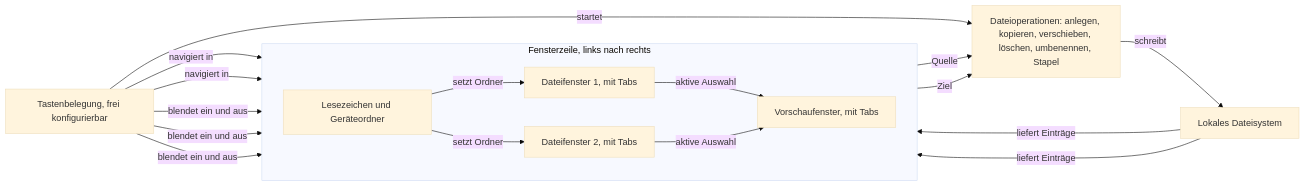
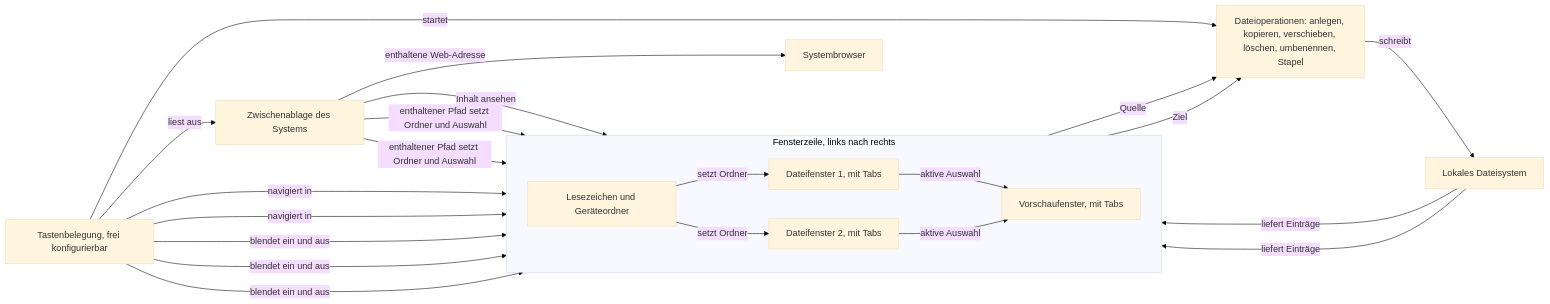
The first of 2 diagrams in fusion-workbench/circles/260802-0842-krk-mac-dateimanager-editor-git/planning/260802-1036_o_spec-navigator-geruest.md (tenzoki/krk), drawn with Mermaid (base theme) before and after one commit. The commit also changed other lines of this file and 8 other files, not shown here.

````diff
--- a/fusion-workbench/circles/260802-0842-krk-mac-dateimanager-editor-git/planning/260802-1036_o_spec-navigator-geruest.md
+++ b/fusion-workbench/circles/260802-0842-krk-mac-dateimanager-editor-git/planning/260802-1036_o_spec-navigator-geruest.md
@@ -26,29 +30,36 @@
 ```mermaid
 flowchart LR
   K["Tastenbelegung, frei konfigurierbar"]
   subgraph fenster["Fensterzeile, links nach rechts"]
     direction LR
     L["Lesezeichen und Geräteordner"]
     P1["Dateifenster 1, mit Tabs"]
     P2["Dateifenster 2, mit Tabs"]
     V["Vorschaufenster, mit Tabs"]
   end
   D["Dateioperationen: anlegen, kopieren, verschieben, löschen, umbenennen, Stapel"]
   FS["Lokales Dateisystem"]
+  Z["Zwischenablage des Systems"]
+  B["Systembrowser"]
 
   K -->|navigiert in| P1
   K -->|navigiert in| P2
   K -->|startet| D
   K -->|blendet ein und aus| L
   K -->|blendet ein und aus| P2
   K -->|blendet ein und aus| V
+  K -->|liest aus| Z
   L -->|setzt Ordner| P1
   L -->|setzt Ordner| P2
   P1 -->|aktive Auswahl| V
   P2 -->|aktive Auswahl| V
   P1 -->|Quelle| D
   P2 -->|Ziel| D
   D -->|schreibt| FS
   FS -->|liefert Einträge| P1
   FS -->|liefert Einträge| P2
+  Z -->|Inhalt ansehen| V
+  Z -->|enthaltener Pfad setzt Ordner und Auswahl| P1
+  Z -->|enthaltener Pfad setzt Ordner und Auswahl| P2
+  Z -->|enthaltene Web-Adresse| B
 ```
````
